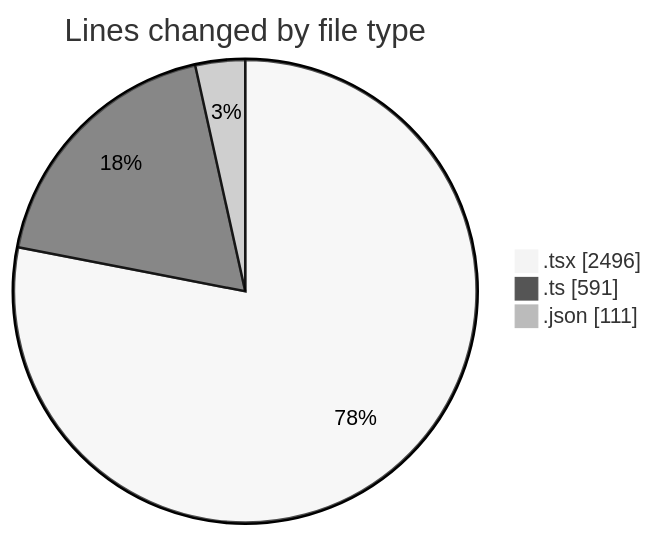
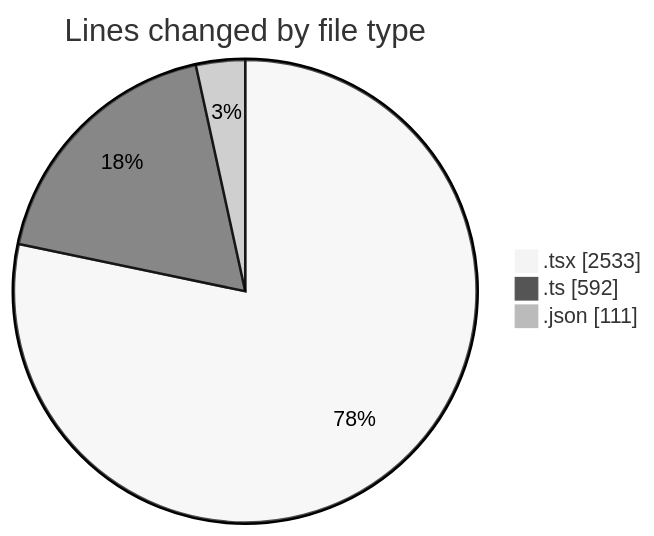
One commit to julien-gomy/code-tracking changed the first of 2 diagrams in 2025-11-08/eventscop-frontend-guide__workspace_/README.md. Above: the diagram before and after it, drawn with Mermaid (neutral theme). The commit also changed other lines of this file and 1 other file, not shown here.

````diff
--- a/2025-11-08/eventscop-frontend-guide__workspace_/README.md
+++ b/2025-11-08/eventscop-frontend-guide__workspace_/README.md
@@ -42,7 +42,7 @@
 ```mermaid
 pie showData
 title Lines changed by file type
-".tsx" : 2496
-".ts" : 591
+".tsx" : 2533
+".ts" : 592
 ".json" : 111
 ```
````
